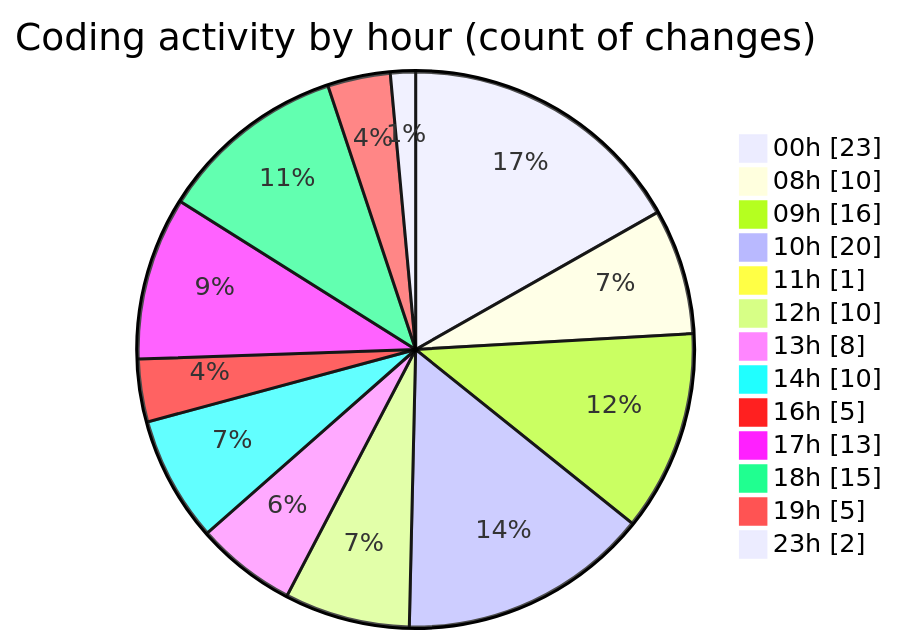
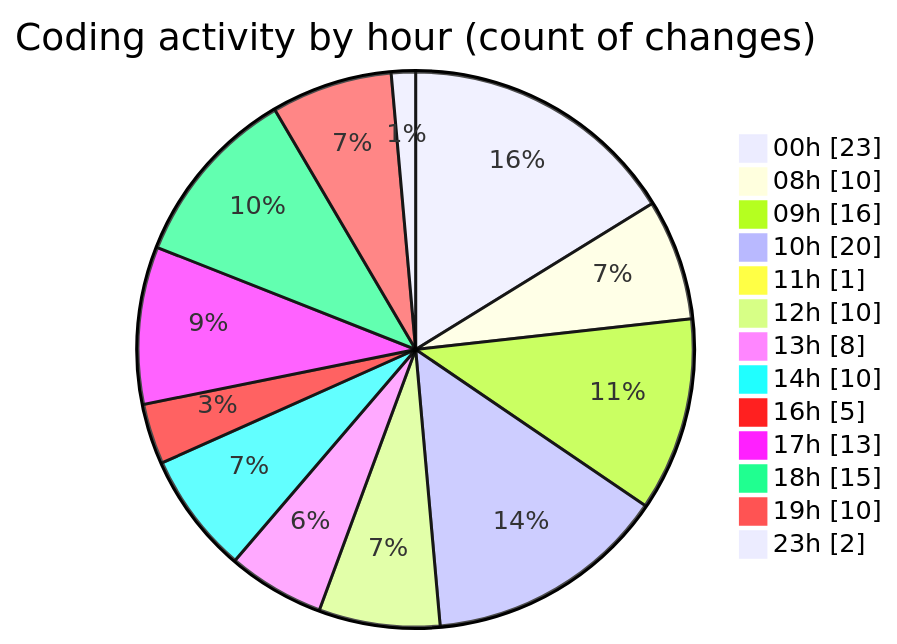
One commit to Elitesun/code-tracking changed the second of 2 diagrams in 2025-05-29/advertise/README.md. Above: the diagram before and after it, drawn with Mermaid. The commit also changed other lines of this file and 1 other file, not shown here.

````diff
--- a/2025-05-29/advertise/README.md
+++ b/2025-05-29/advertise/README.md
@@ -47,17 +47,17 @@
 ```mermaid
 pie showData
 title Coding activity by hour (count of changes)
 "00h" : 23
 "08h" : 10
 "09h" : 16
 "10h" : 20
 "11h" : 1
 "12h" : 10
 "13h" : 8
 "14h" : 10
 "16h" : 5
 "17h" : 13
 "18h" : 15
-"19h" : 5
+"19h" : 10
 "23h" : 2
 ```
````
